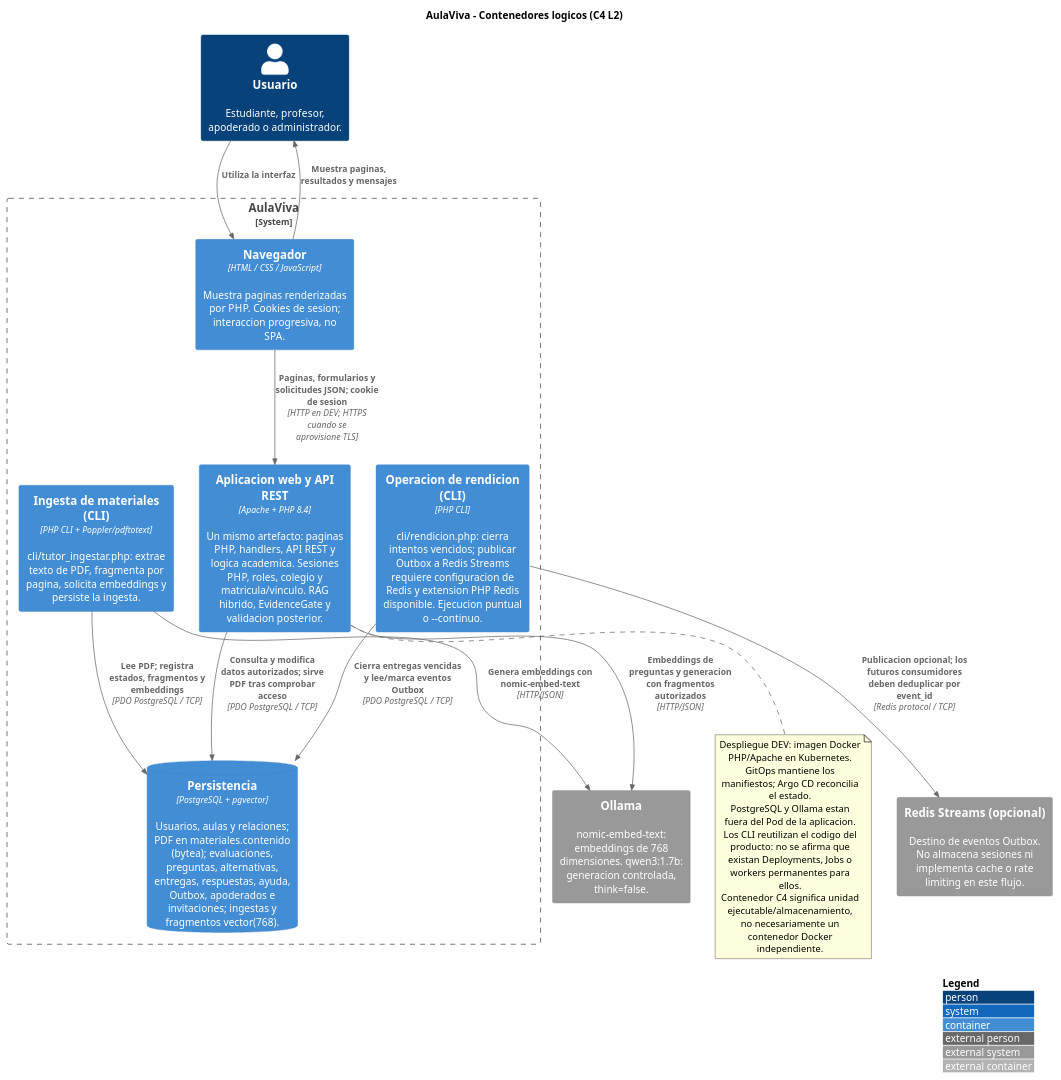
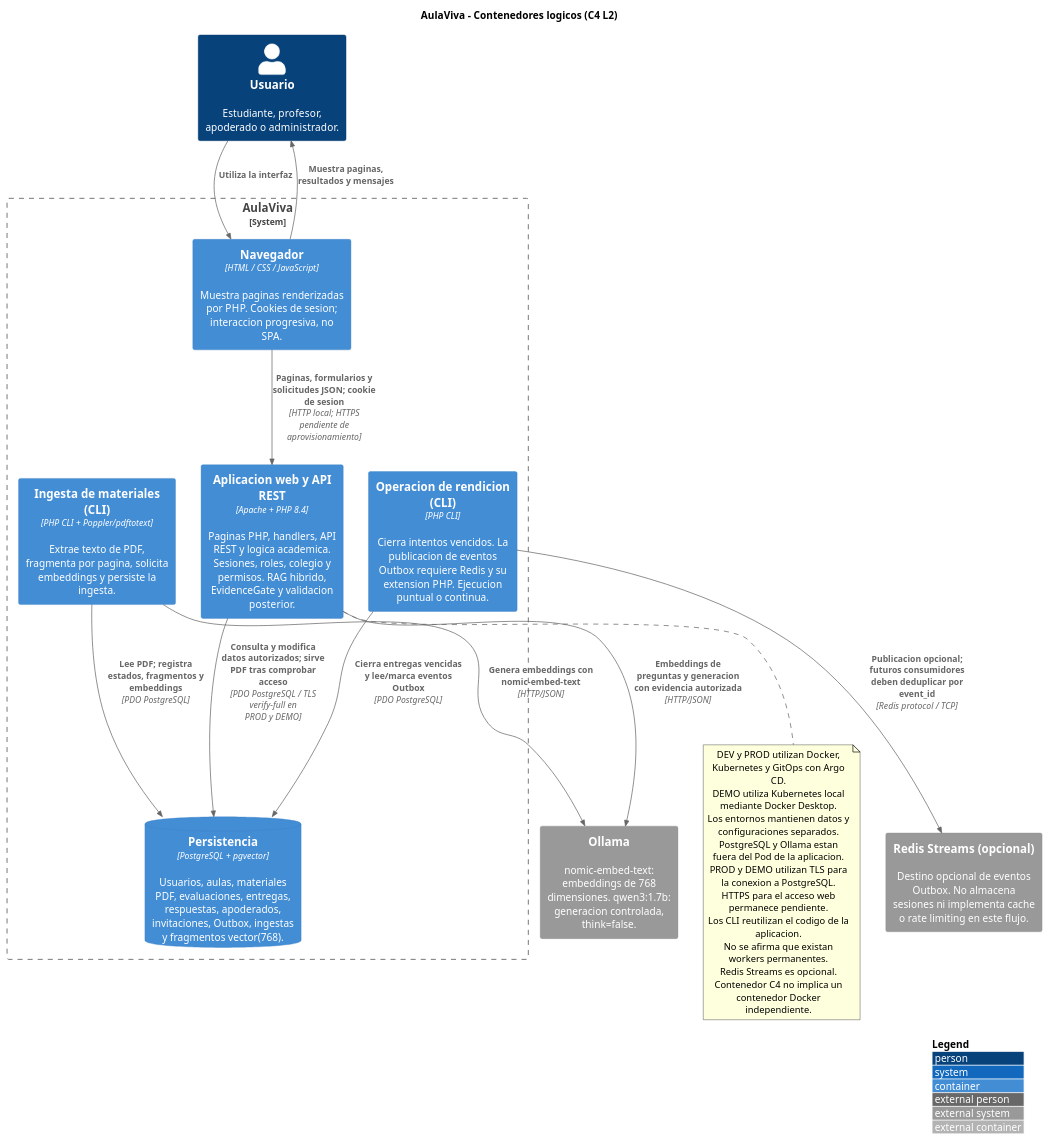
The diagram in docs/c4/l2-container.puml (KulkatPOP/Equipo-AulaViva-), drawn with PlantUML before and after one commit. The commit also changed 124 other files, not shown here.

Commit message:
feat: consolidate local demo and defense evidence

```diff
--- a/docs/c4/l2-container.puml
+++ b/docs/c4/l2-container.puml
@@ -1,40 +1,58 @@
-@startuml C4_Nivel2_Contenedores
-!include https://raw.githubusercontent.com/plantuml-stdlib/C4-PlantUML/master/C4_Container.puml
+@startuml
+!include <C4/C4_Container>
 
 LAYOUT_WITH_LEGEND()
 
 title AulaViva - Contenedores logicos (C4 L2)
 
 Person(usuario, "Usuario", "Estudiante, profesor, apoderado o administrador.")
+
 System_Ext(ollama, "Ollama", "nomic-embed-text: embeddings de 768 dimensiones. qwen3:1.7b: generacion controlada, think=false.")
-System_Ext(redis, "Redis Streams (opcional)", "Destino de eventos Outbox. No almacena sesiones ni implementa cache o rate limiting en este flujo.")
+
+System_Ext(redis, "Redis Streams (opcional)", "Destino opcional de eventos Outbox. No almacena sesiones ni implementa cache o rate limiting en este flujo.")
 
 System_Boundary(producto, "AulaViva") {
+
     Container(navegador, "Navegador", "HTML / CSS / JavaScript", "Muestra paginas renderizadas por PHP. Cookies de sesion; interaccion progresiva, no SPA.")
-    Container(web, "Aplicacion web y API REST", "Apache + PHP 8.4", "Un mismo artefacto: paginas PHP, handlers, API REST y logica academica. Sesiones PHP, roles, colegio y matricula/vinculo. RAG hibrido, EvidenceGate y validacion posterior.")
-    Container(ingesta, "Ingesta de materiales (CLI)", "PHP CLI + Poppler/pdftotext", "cli/tutor_ingestar.php: extrae texto de PDF, fragmenta por pagina, solicita embeddings y persiste la ingesta.")
-    Container(rendicion, "Operacion de rendicion (CLI)", "PHP CLI", "cli/rendicion.php: cierra intentos vencidos; publicar Outbox a Redis Streams requiere configuracion de Redis y extension PHP Redis disponible. Ejecucion puntual o --continuo.")
-    ContainerDb(db, "Persistencia", "PostgreSQL + pgvector", "Usuarios, aulas y relaciones; PDF en materiales.contenido (bytea); evaluaciones, preguntas, alternativas, entregas, respuestas, ayuda, Outbox, apoderados e invitaciones; ingestas y fragmentos vector(768).")
+
+    Container(web, "Aplicacion web y API REST", "Apache + PHP 8.4", "Paginas PHP, handlers, API REST y logica academica. Sesiones, roles, colegio y permisos. RAG hibrido, EvidenceGate y validacion posterior.")
+
+    Container(ingesta, "Ingesta de materiales (CLI)", "PHP CLI + Poppler/pdftotext", "Extrae texto de PDF, fragmenta por pagina, solicita embeddings y persiste la ingesta.")
+
+    Container(rendicion, "Operacion de rendicion (CLI)", "PHP CLI", "Cierra intentos vencidos. La publicacion de eventos Outbox requiere Redis y su extension PHP. Ejecucion puntual o continua.")
+
+    ContainerDb(db, "Persistencia", "PostgreSQL + pgvector", "Usuarios, aulas, materiales PDF, evaluaciones, entregas, respuestas, apoderados, invitaciones, Outbox, ingestas y fragmentos vector(768).")
 }
 
 Rel(usuario, navegador, "Utiliza la interfaz")
+
 Rel(navegador, usuario, "Muestra paginas, resultados y mensajes")
-Rel(navegador, web, "Paginas, formularios y solicitudes JSON; cookie de sesion", "HTTP en DEV; HTTPS cuando se aprovisione TLS")
-Rel(web, db, "Consulta y modifica datos autorizados; sirve PDF tras comprobar acceso", "PDO PostgreSQL / TCP")
-Rel(web, ollama, "Embeddings de preguntas y generacion con fragmentos autorizados", "HTTP/JSON")
-Rel(ingesta, db, "Lee PDF; registra estados, fragmentos y embeddings", "PDO PostgreSQL / TCP")
+
+Rel(navegador, web, "Paginas, formularios y solicitudes JSON; cookie de sesion", "HTTP local; HTTPS pendiente de aprovisionamiento")
+
+Rel(web, db, "Consulta y modifica datos autorizados; sirve PDF tras comprobar acceso", "PDO PostgreSQL / TLS verify-full en PROD y DEMO")
+
+Rel(web, ollama, "Embeddings de preguntas y generacion con evidencia autorizada", "HTTP/JSON")
+
+Rel(ingesta, db, "Lee PDF; registra estados, fragmentos y embeddings", "PDO PostgreSQL")
+
 Rel(ingesta, ollama, "Genera embeddings con nomic-embed-text", "HTTP/JSON")
-Rel(rendicion, db, "Cierra entregas vencidas y lee/marca eventos Outbox", "PDO PostgreSQL / TCP")
-Rel(rendicion, redis, "Publicacion opcional; los futuros consumidores deben deduplicar por event_id", "Redis protocol / TCP")
+
+Rel(rendicion, db, "Cierra entregas vencidas y lee/marca eventos Outbox", "PDO PostgreSQL")
+
+Rel(rendicion, redis, "Publicacion opcional; futuros consumidores deben deduplicar por event_id", "Redis protocol / TCP")
 
 note bottom of web
-  Despliegue DEV: imagen Docker PHP/Apache en Kubernetes.
-  GitOps mantiene los manifiestos; Argo CD reconcilia el estado.
+  DEV y PROD utilizan Docker, Kubernetes y GitOps con Argo CD.
+  DEMO utiliza Kubernetes local mediante Docker Desktop.
+  Los entornos mantienen datos y configuraciones separados.
   PostgreSQL y Ollama estan fuera del Pod de la aplicacion.
-  Los CLI reutilizan el codigo del producto: no se afirma que
-  existan Deployments, Jobs o workers permanentes para ellos.
-  Contenedor C4 significa unidad ejecutable/almacenamiento,
-  no necesariamente un contenedor Docker independiente.
+  PROD y DEMO utilizan TLS para la conexion a PostgreSQL.
+  HTTPS para el acceso web permanece pendiente.
+  Los CLI reutilizan el codigo de la aplicacion.
+  No se afirma que existan workers permanentes.
+  Redis Streams es opcional.
+  Contenedor C4 no implica un contenedor Docker independiente.
 end note
 
 @enduml
```
